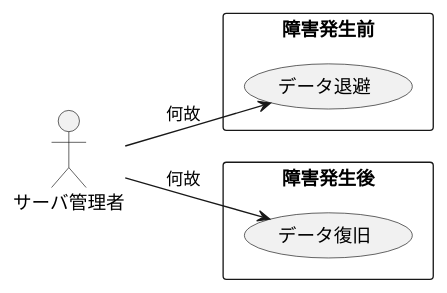
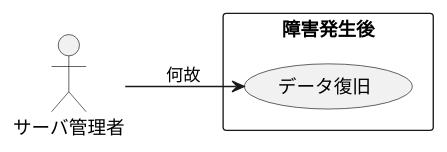
The diagram in site/content/ja/docs/Appendix/uml/usecase/troubleshoot/usecases.puml (peregrin8alde/learn-ossdb-gold), drawn with PlantUML before and after one commit. The commit also changed 1 other file, not shown here.

```diff
--- a/site/content/ja/docs/Appendix/uml/usecase/troubleshoot/usecases.puml
+++ b/site/content/ja/docs/Appendix/uml/usecase/troubleshoot/usecases.puml
@@ -1,27 +1,22 @@
 @startuml
 left to right direction
 
 /'
 actor "誰が" as who
 
 rectangle "いつ" {
   usecase "何をしたい" as UC1
 }
 who --> (UC1) : 何故
 '/
 
 actor "サーバ管理者" as admin
 
-rectangle "障害発生前" {
-  usecase "データ退避" as UC_backup
-}
-admin --> (UC_backup) : 何故
-
 
 rectangle "障害発生後" {
   usecase "データ復旧" as UC_restore
 }
 admin --> (UC_restore) : 何故
 
 
 @enduml
```
